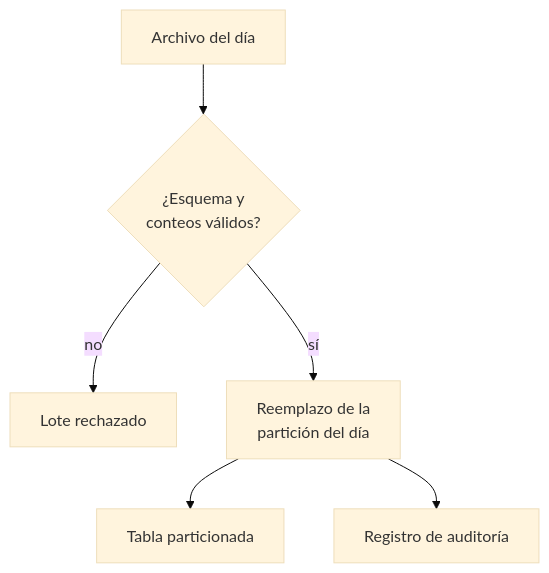
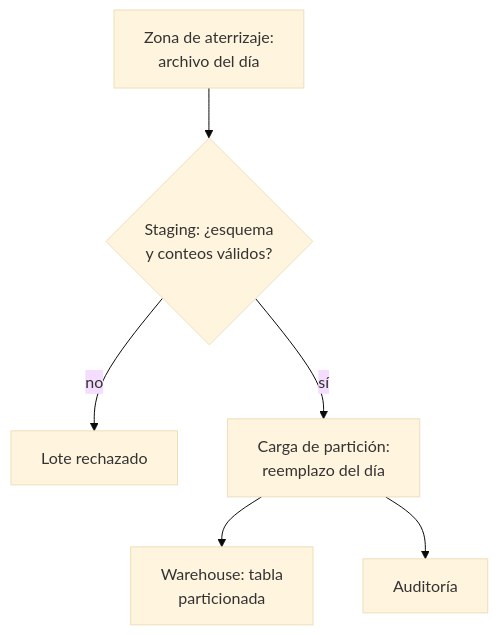
The second of 3 diagrams in content/architectures/batch-pipeline-architecture.md (fcp4891/de-knowledge-hub), drawn with Mermaid (base theme) before and after one commit. The commit also changed other lines of this file and 13 other files, not shown here.

````diff
--- a/content/architectures/batch-pipeline-architecture.md
+++ b/content/architectures/batch-pipeline-architecture.md
@@ -126,8 +127,8 @@
 ```mermaid
 flowchart TB
-  F["Archivo del día"] --> V{"¿Esquema y<br/>conteos válidos?"}
+  F["Zona de aterrizaje:<br/>archivo del día"] --> V{"Staging: ¿esquema<br/>y conteos válidos?"}
   V -- "no" --> Q["Lote rechazado"]
-  V -- "sí" --> R["Reemplazo de la<br/>partición del día"]
-  R --> T["Tabla particionada"]
-  R --> A["Registro de auditoría"]
+  V -- "sí" --> R["Carga de partición:<br/>reemplazo del día"]
+  R --> T["Warehouse: tabla<br/>particionada"]
+  R --> A["Auditoría"]
 ```
````
